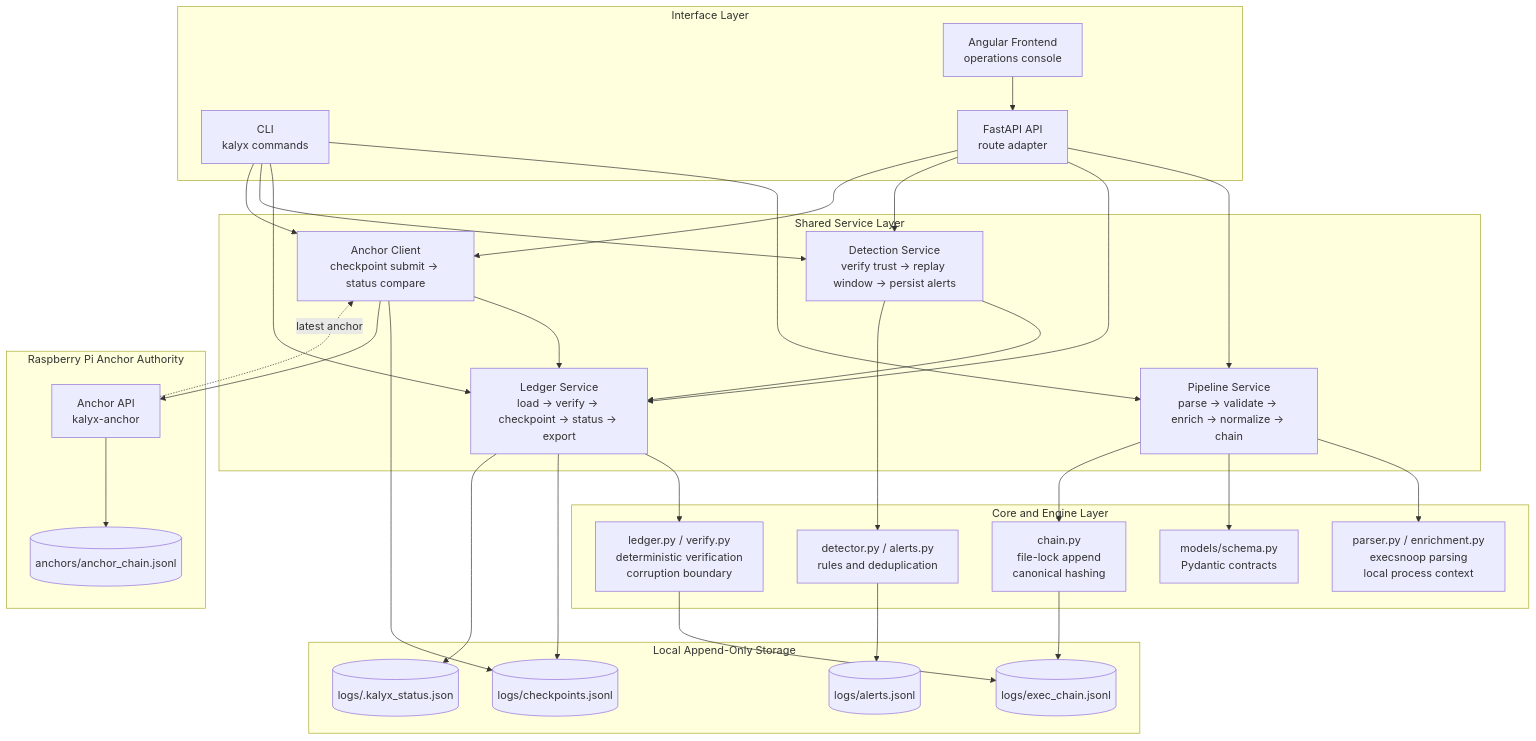
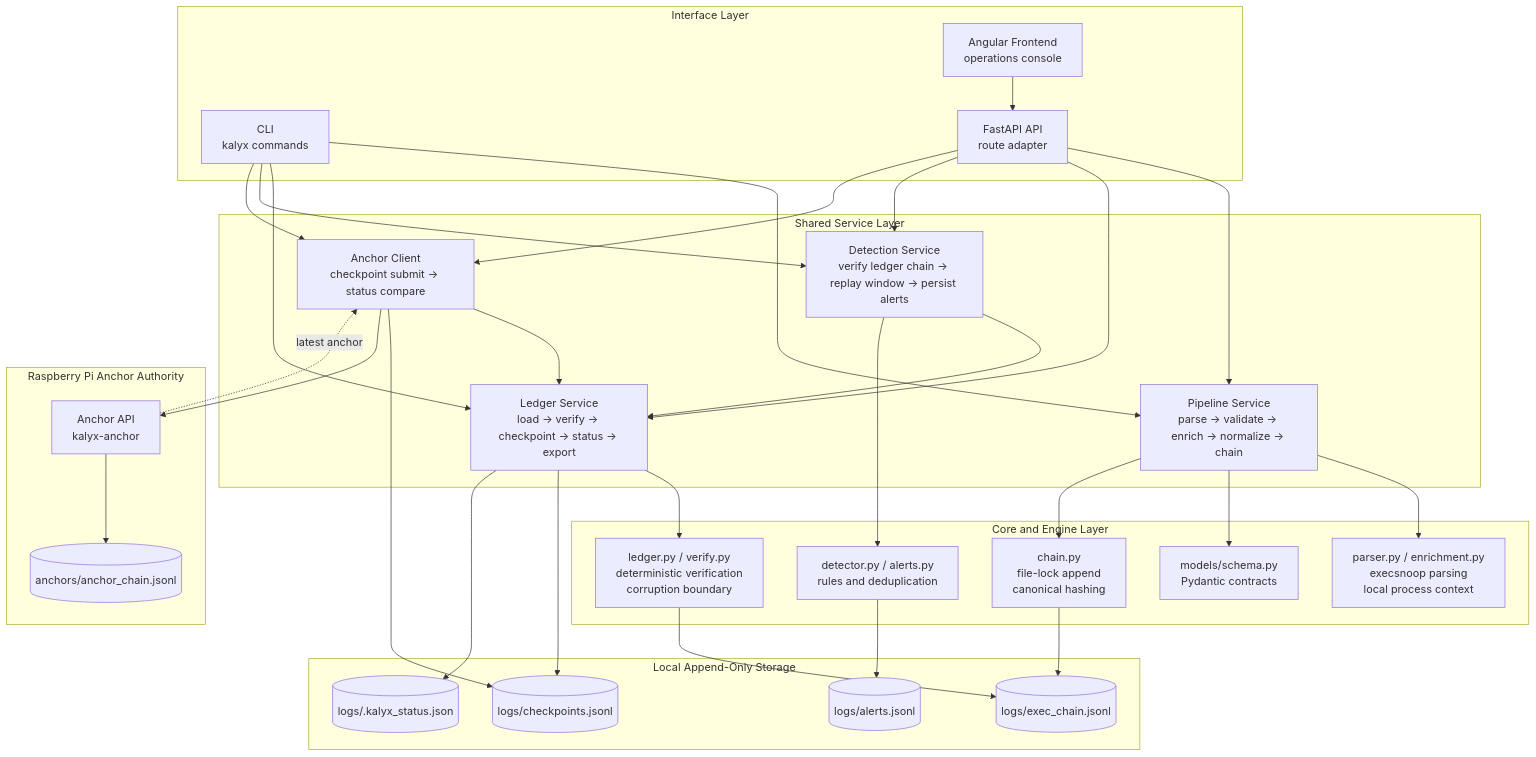
Before and after one commit to parthrohit22/kalyx: the first of 3 diagrams in docs/ARCHITECTURE.md, drawn with Mermaid. The commit also changed other lines of this file and 12 other files, not shown here.

````diff
--- a/docs/ARCHITECTURE.md
+++ b/docs/ARCHITECTURE.md
@@ -7,66 +7,66 @@
 ```mermaid
 flowchart TD
     subgraph InterfaceLayer["Interface Layer"]
         CLI["CLI<br/>kalyx commands"]
         API["FastAPI API<br/>route adapter"]
         Frontend["Angular Frontend<br/>operations console"]
     end
 
     subgraph ServiceLayer["Shared Service Layer"]
         Pipeline["Pipeline Service<br/>parse -> validate -> enrich -> normalize -> chain"]
         Ledger["Ledger Service<br/>load -> verify -> checkpoint -> status -> export"]
-        Detection["Detection Service<br/>verify trust -> replay window -> persist alerts"]
+        Detection["Detection Service<br/>verify ledger chain -> replay window -> persist alerts"]
         AnchorClient["Anchor Client<br/>checkpoint submit -> status compare"]
     end
 
     subgraph CoreLayer["Core and Engine Layer"]
         Chain["chain.py<br/>file-lock append<br/>canonical hashing"]
         Verify["ledger.py / verify.py<br/>deterministic verification<br/>corruption boundary"]
         Rules["detector.py / alerts.py<br/>rules and deduplication"]
         Engine["parser.py / enrichment.py<br/>execsnoop parsing<br/>local process context"]
         Schemas["models/schema.py<br/>Pydantic contracts"]
     end
 
     subgraph Storage["Local Append-Only Storage"]
         ExecLedger[("logs/exec_chain.jsonl")]
         Checkpoints[("logs/checkpoints.jsonl")]
         AlertLog[("logs/alerts.jsonl")]
         StatusFile[("logs/.kalyx_status.json")]
     end
 
     subgraph ExternalAnchor["Raspberry Pi Anchor Authority"]
         AnchorAPI["Anchor API<br/>kalyx-anchor"]
         AnchorChain[("anchors/anchor_chain.jsonl")]
     end
 
     CLI --> Pipeline
     API --> Pipeline
     Frontend --> API
 
     CLI --> Ledger
     API --> Ledger
     CLI --> Detection
     API --> Detection
     CLI --> AnchorClient
     API --> AnchorClient
 
     Pipeline --> Engine
     Pipeline --> Schemas
     Pipeline --> Chain
     Chain --> ExecLedger
 
     Ledger --> Verify
     Verify --> ExecLedger
     Ledger --> Checkpoints
     Ledger --> StatusFile
 
     Detection --> Ledger
     Detection --> Rules
     Rules --> AlertLog
 
     AnchorClient --> Ledger
     AnchorClient --> Checkpoints
     AnchorClient --> AnchorAPI
     AnchorAPI --> AnchorChain
     AnchorAPI -. latest anchor .-> AnchorClient
 ```
````
